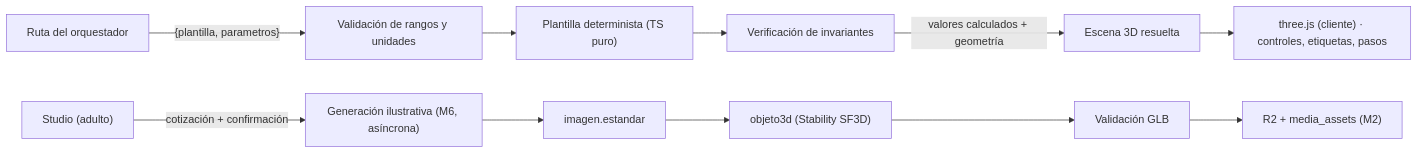
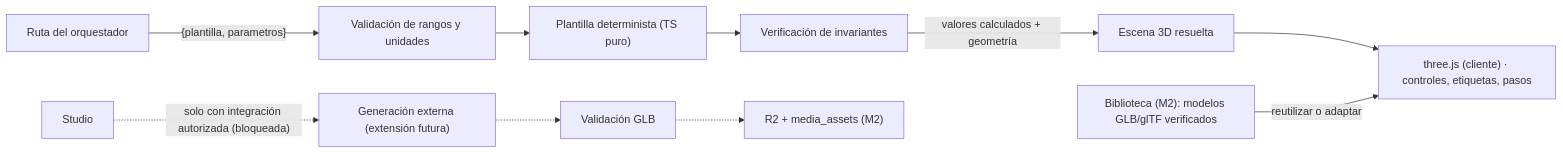
One commit to 100robert/Mentelyx changed the diagram in docs/03-diseño-de-software/diseño-especializado/04-visualizaciones-3d.md. Above: the diagram before and after it, drawn with Mermaid. The commit also changed other lines of this file and 676 other files, not shown here.

````diff
--- a/docs/03-diseño-de-software/diseño-especializado/04-visualizaciones-3d.md
+++ b/docs/03-diseño-de-software/diseño-especializado/04-visualizaciones-3d.md
@@ -22,10 +23,11 @@
 ```mermaid
 flowchart LR
   LLM["Ruta del orquestador"] -->|"{plantilla, parametros}"| VAL["Validación de rangos y unidades"]
   VAL --> SIM["Plantilla determinista (TS puro)"]
   SIM --> INV["Verificación de invariantes"]
   INV -->|"valores calculados + geometría"| ESC["Escena 3D resuelta"]
   ESC --> WEB["three.js (cliente) · controles, etiquetas, pasos"]
-  STU["Studio (adulto)"] -->|"cotización + confirmación"| GEN["Generación ilustrativa (M6, asíncrona)"]
-  GEN --> IMG["imagen.estandar"] --> O3D["objeto3d (Stability SF3D)"] --> GLB["Validación GLB"] --> R2["R2 + media_assets (M2)"]
+  BIB["Biblioteca (M2): modelos GLB/glTF verificados"] -->|"reutilizar o adaptar"| WEB
+  STU["Studio"] -.->|"solo con integración autorizada (bloqueada)"| GEN["Generación externa (extensión futura)"]
+  GEN -.-> GLB["Validación GLB"] -.-> R2["R2 + media_assets (M2)"]
 ```
````
